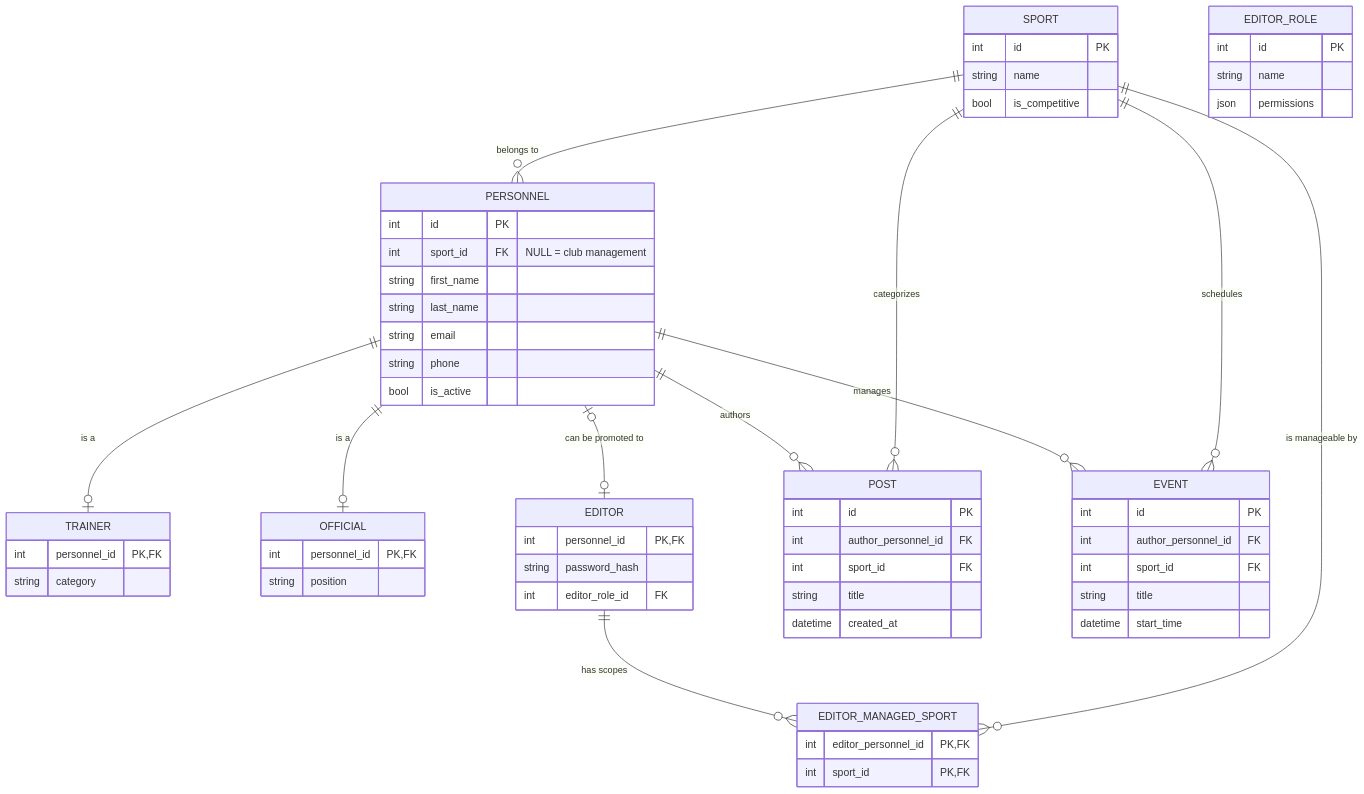
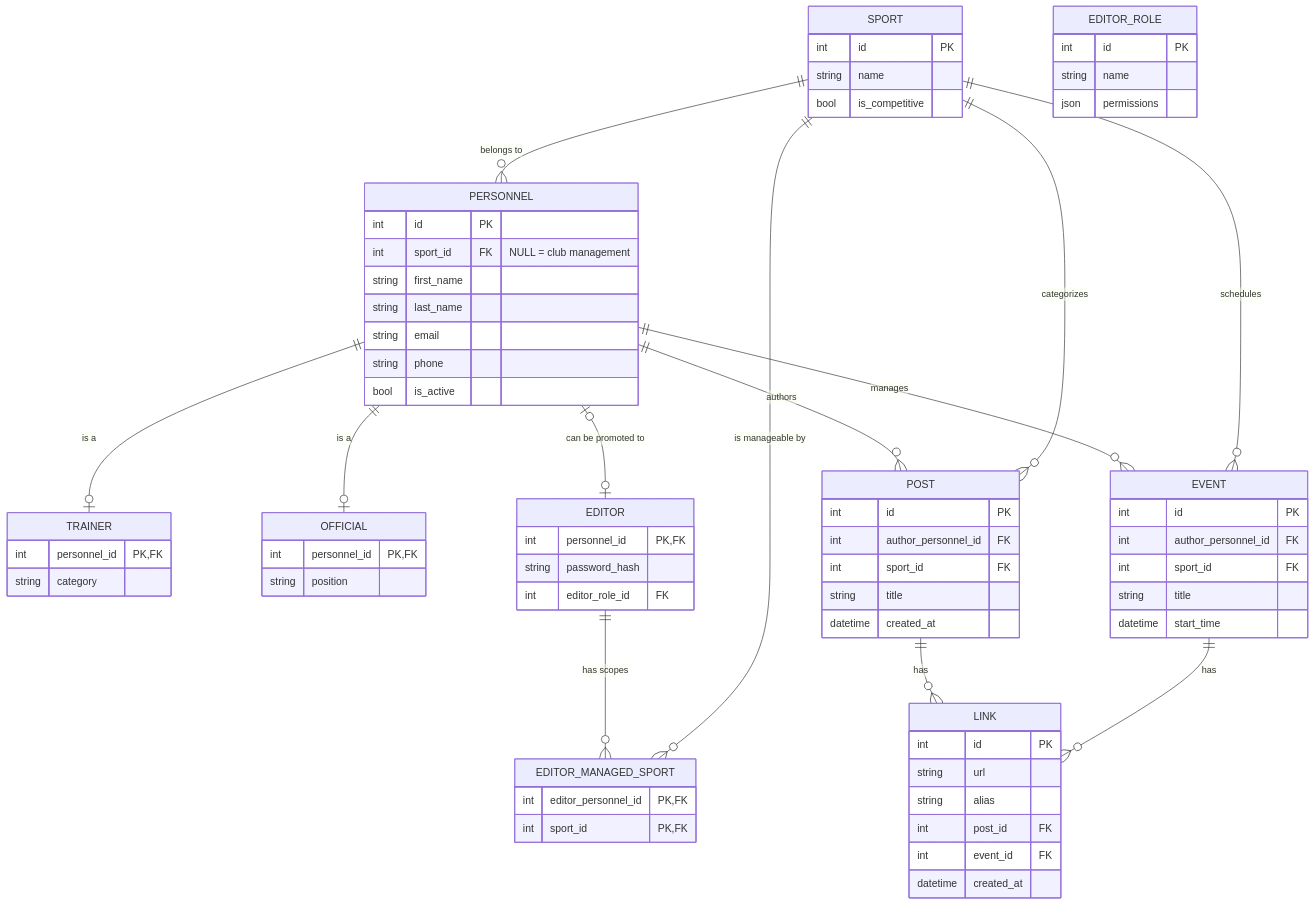
Before and after one commit to davidskrecek/vsk-univerzita-brno-is: the diagram in BACKEND_API.md, drawn with Mermaid. The commit also changed other lines of this file and 18 other files, not shown here.

````diff
--- a/BACKEND_API.md
+++ b/BACKEND_API.md
@@ -277,6 +243,9 @@
   PERSONNEL ||--o{ EVENT : "manages"
   SPORT ||--o{ POST : "categorizes"
   SPORT ||--o{ EVENT : "schedules"
+
+  POST ||--o{ LINK : "has"
+  EVENT ||--o{ LINK : "has"
 
   PERSONNEL {
     int id PK
@@ -336,4 +305,13 @@
     string title
     datetime start_time
   }
+
+  LINK {
+    int id PK
+    string url
+    string alias
+    int post_id FK
+    int event_id FK
+    datetime created_at
+  }
 ```
````
